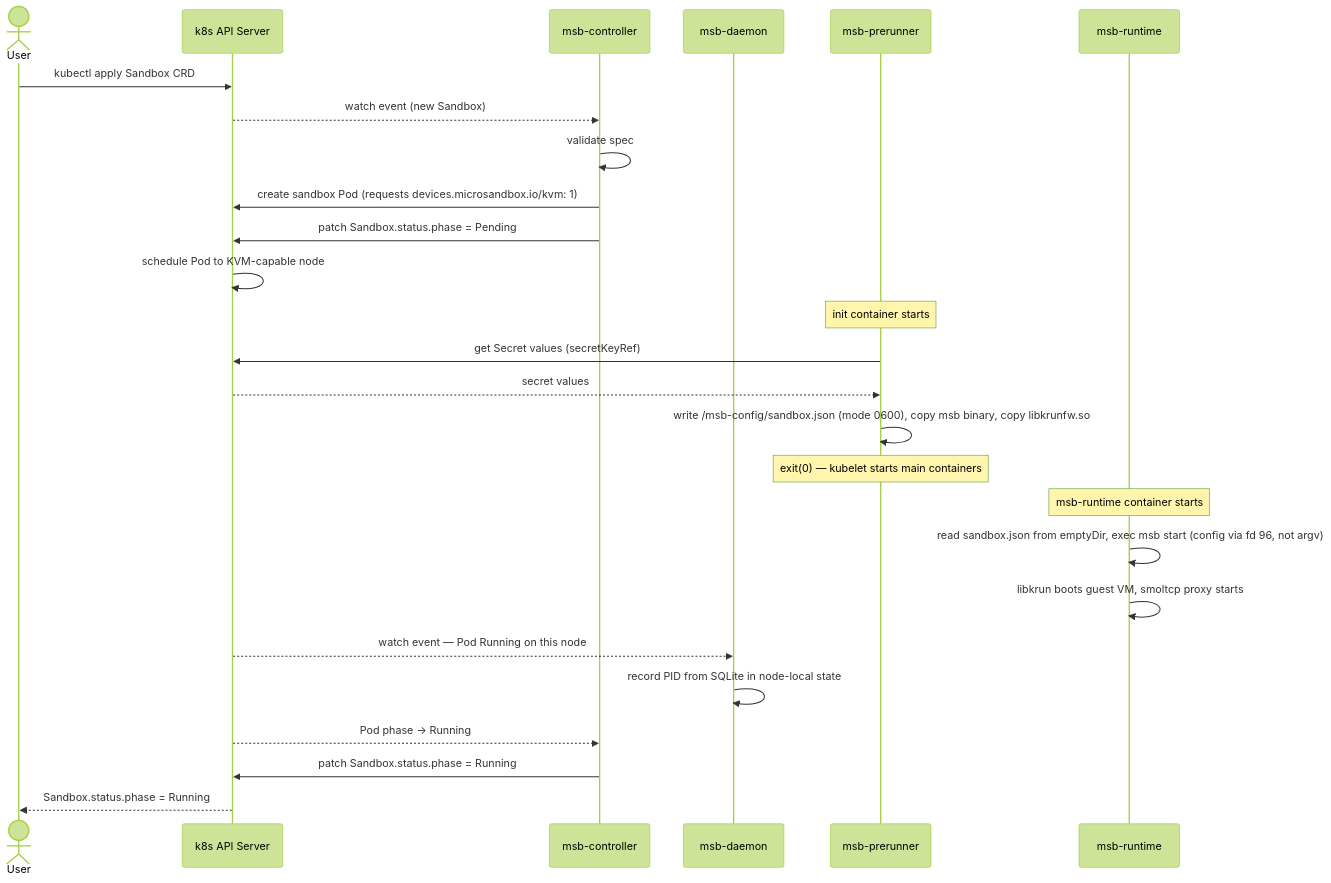
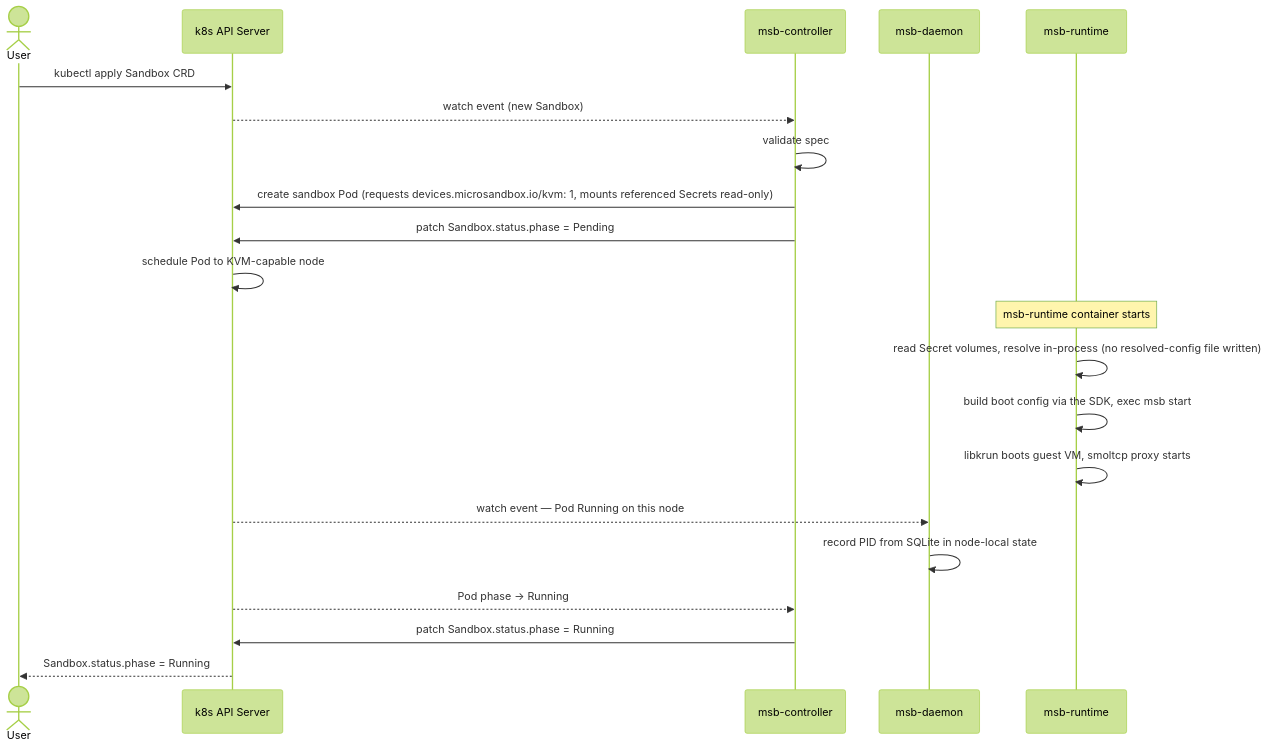
The second of 13 diagrams in docs/operator-design.md (TheRealSibasishBehera/msb-operator), drawn with Mermaid (forest theme) before and after one commit. The commit also changed other lines of this file, not shown here.

First line of the commit message:
docs: remove msb-prerunner, secrets resolved in the runtime

````diff
--- a/docs/operator-design.md
+++ b/docs/operator-design.md
@@ -152,33 +149,27 @@
 ```mermaid
 sequenceDiagram
     actor User
     participant API as k8s API Server
     participant Ctrl as msb-controller
     participant Daemon as msb-daemon
-    participant Pre as msb-prerunner
     participant Runtime as msb-runtime
 
     User->>API: kubectl apply Sandbox CRD
     API-->>Ctrl: watch event (new Sandbox)
     Ctrl->>Ctrl: validate spec
-    Ctrl->>API: create sandbox Pod (requests devices.microsandbox.io/kvm: 1)
+    Ctrl->>API: create sandbox Pod (requests devices.microsandbox.io/kvm: 1, mounts referenced Secrets read-only)
     Ctrl->>API: patch Sandbox.status.phase = Pending
     API->>API: schedule Pod to KVM-capable node
 
-    Note over Pre: init container starts
-    Pre->>API: get Secret values (secretKeyRef)
-    API-->>Pre: secret values
-    Pre->>Pre: write /msb-config/sandbox.json (mode 0600), copy msb binary, copy libkrunfw.so
-    Note over Pre: exit(0) — kubelet starts main containers
-
     Note over Runtime: msb-runtime container starts
-    Runtime->>Runtime: read sandbox.json from emptyDir, exec msb start (config via fd 96, not argv)
+    Runtime->>Runtime: read Secret volumes, resolve in-process (no resolved-config file written)
+    Runtime->>Runtime: build boot config via the SDK, exec msb start
     Runtime->>Runtime: libkrun boots guest VM, smoltcp proxy starts
 
     API-->>Daemon: watch event — Pod Running on this node
     Daemon->>Daemon: record PID from SQLite in node-local state
 
     API-->>Ctrl: Pod phase → Running
     Ctrl->>API: patch Sandbox.status.phase = Running
     API-->>User: Sandbox.status.phase = Running
 ```
````
